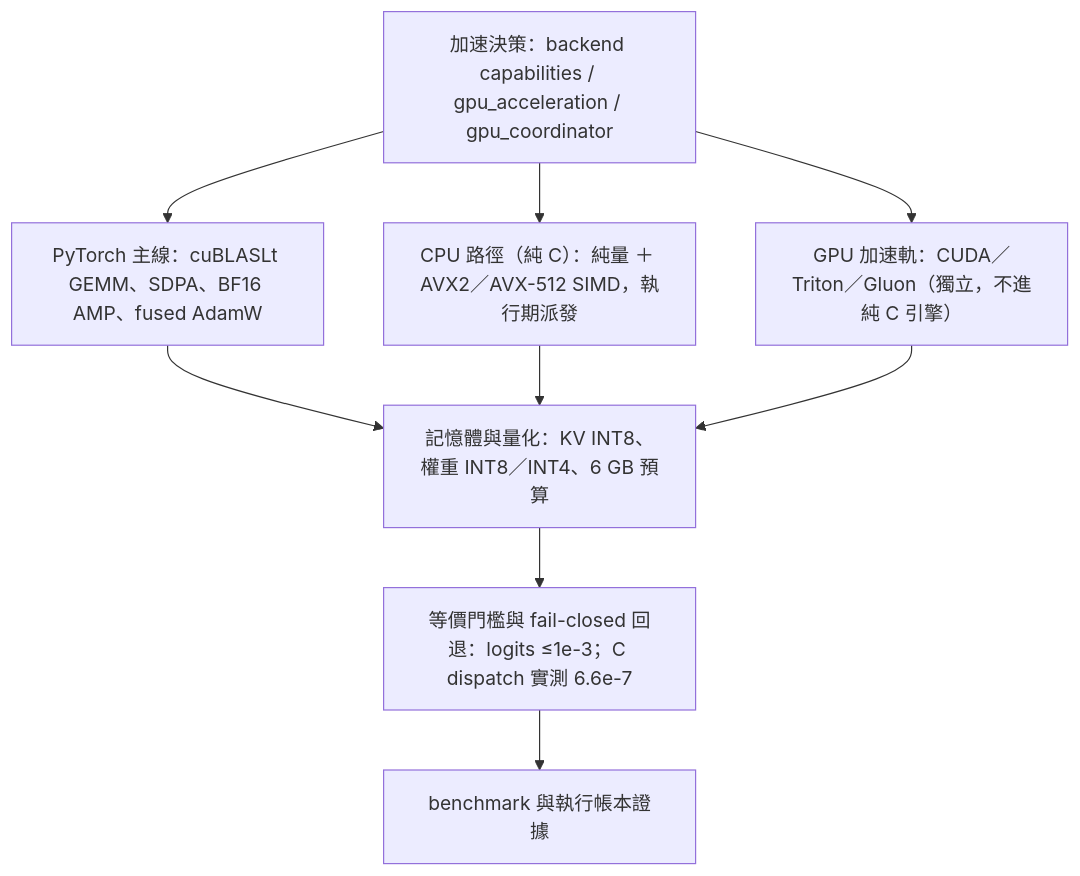
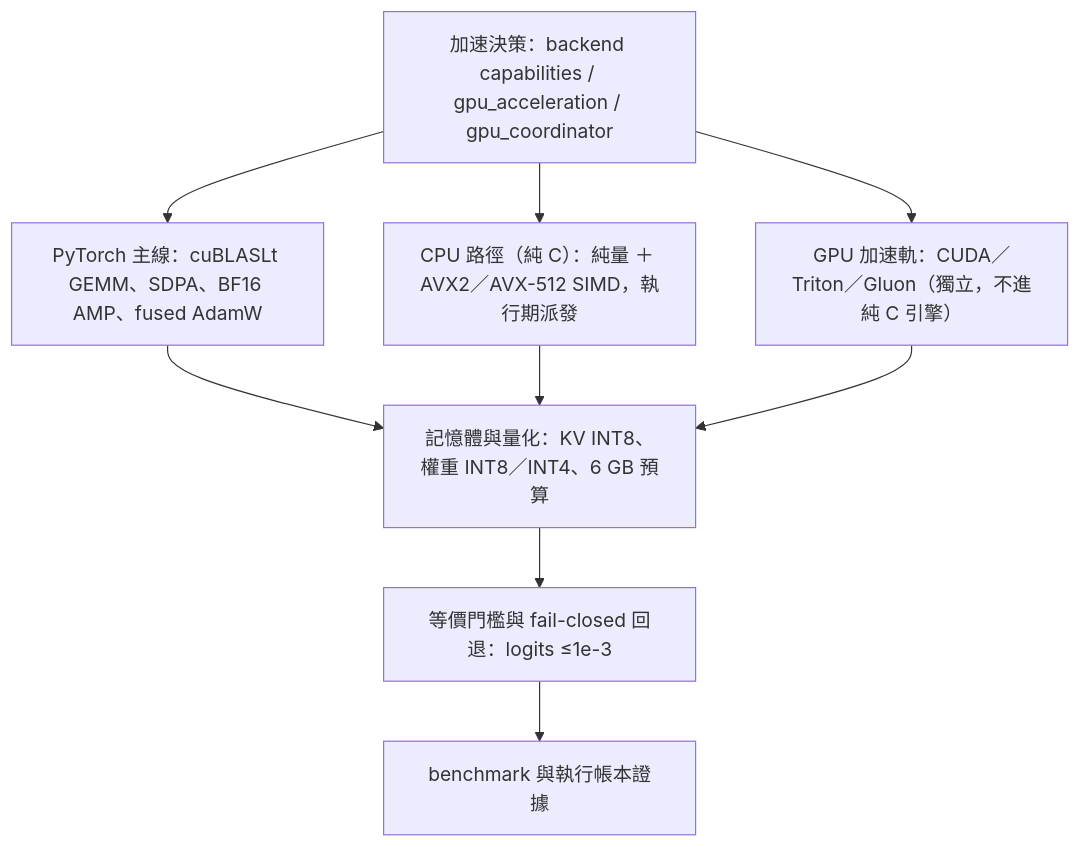
Before and after one commit to guilty442-source/GPTBridge: the third of 5 diagrams in Standalone tools/local-model/星澄模型四層建置藍圖.md, drawn with Mermaid. The commit also changed other lines of this file and 17 other files, not shown here.

````diff
--- a/Standalone tools/local-model/星澄模型四層建置藍圖.md
+++ b/Standalone tools/local-model/星澄模型四層建置藍圖.md
@@ -1486,11 +938,11 @@
 ```mermaid
 flowchart TB
   DEC[加速決策：backend capabilities / gpu_acceleration / gpu_coordinator] --> PY[PyTorch 主線：cuBLASLt GEMM、SDPA、BF16 AMP、fused AdamW]
   DEC --> CPU[CPU 路徑（純 C）：純量 ＋ AVX2／AVX-512 SIMD，執行期派發]
   DEC --> GP[GPU 加速軌：CUDA／Triton／Gluon（獨立，不進純 C 引擎）]
   PY --> MEM[記憶體與量化：KV INT8、權重 INT8／INT4、6 GB 預算]
   CPU --> MEM
   GP --> MEM
-  MEM --> GATE[等價門檻與 fail-closed 回退：logits ≤1e-3；C dispatch 實測 6.6e-7]
+  MEM --> GATE[等價門檻與 fail-closed 回退：logits ≤1e-3]
   GATE --> EVID[benchmark 與執行帳本證據]
 ```
````
